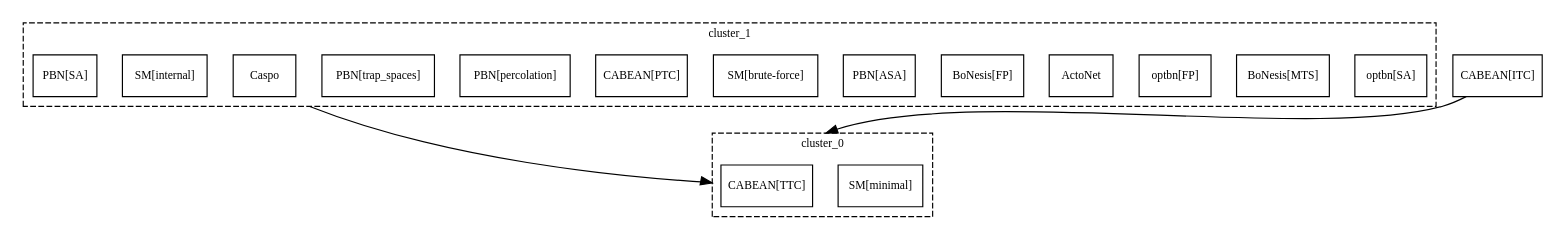
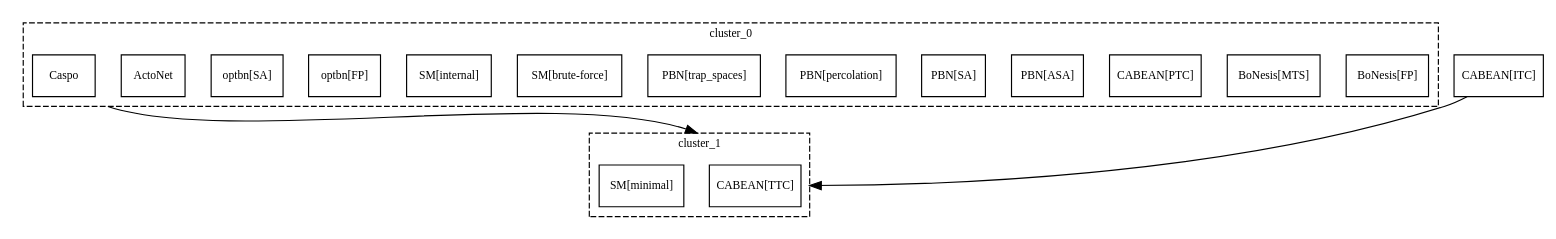
Before and after one commit to kalebmoon07/BN-control-taxonomy: the diagram in experiments/results/counterexamples/ce_yes_R_no_P/_graph_tred.dot, drawn with Graphviz. The commit also changed 104 other files, not shown here.

```diff
--- a/experiments/results/counterexamples/ce_yes_R_no_P/_graph_tred.dot
+++ b/experiments/results/counterexamples/ce_yes_R_no_P/_graph_tred.dot
@@ -1,33 +1,33 @@
 strict digraph G {
 graph [fontsize=10, fontname=Verdana, compound=true];
 node [shape=record, fontsize=10, fontname=Verdana];
 graph [nodesep=0.3, ranksep=0.8];
 subgraph cluster_0 {
 label="cluster_0";
 graph [style=dashed, color=black];
-"SM[minimal]";
-"CABEAN[TTC]";
+"BoNesis[FP]";
+"BoNesis[MTS]";
+"CABEAN[PTC]";
+"PBN[ASA]";
+"PBN[SA]";
+"PBN[percolation]";
+"PBN[trap_spaces]";
+"SM[brute-force]";
+"SM[internal]";
+"optbn[FP]";
+"optbn[SA]";
+ActoNet;
+Caspo;
 }
 
 subgraph cluster_1 {
 label="cluster_1";
 graph [style=dashed, color=black];
-"optbn[SA]";
-"BoNesis[MTS]";
-"optbn[FP]";
-ActoNet;
-"BoNesis[FP]";
-"PBN[ASA]";
-"SM[brute-force]";
-"CABEAN[PTC]";
-"PBN[percolation]";
-"PBN[trap_spaces]";
-Caspo;
-"SM[internal]";
-"PBN[SA]";
+"CABEAN[TTC]";
+"SM[minimal]";
 }
 
 "CABEAN[ITC]";
-"CABEAN[ITC]" -> "CABEAN[TTC]" [lhead="cluster_0"];
-Caspo -> "CABEAN[TTC]" [ltail="cluster_1", lhead="cluster_0"];
+"CABEAN[ITC]" -> "CABEAN[TTC]" [lhead="cluster_1"];
+Caspo -> "CABEAN[TTC]" [ltail="cluster_0", lhead="cluster_1"];
 }
```
